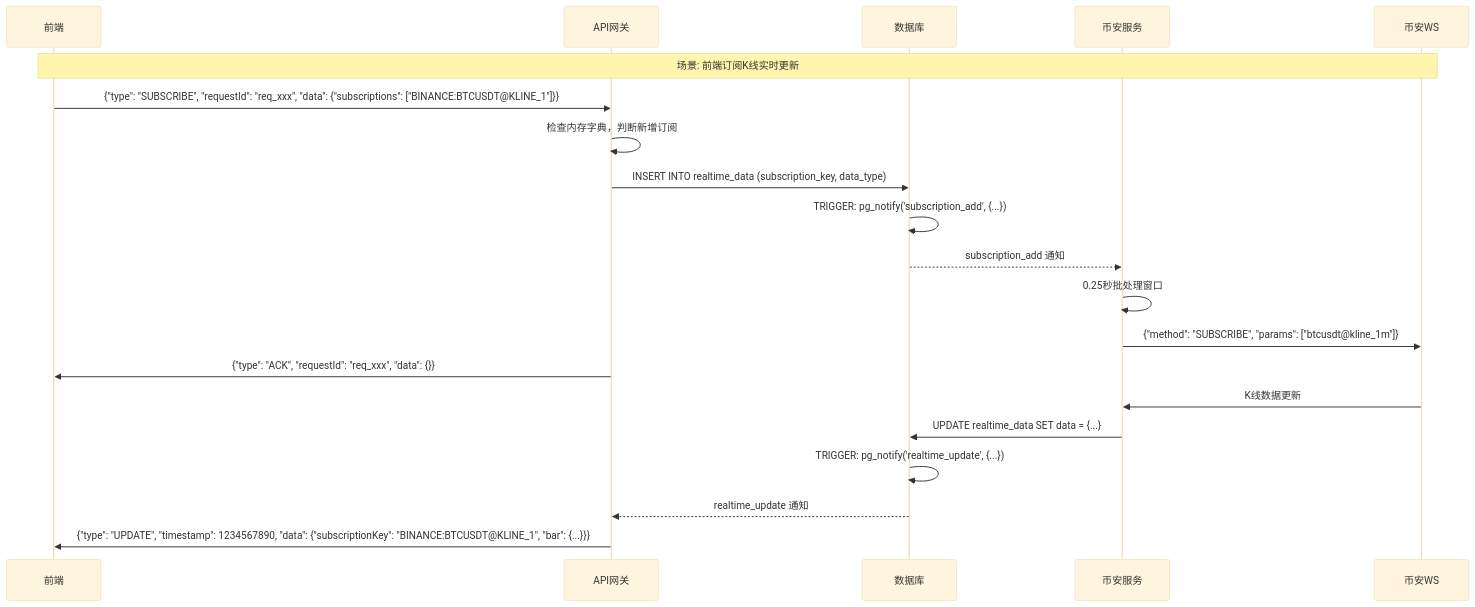
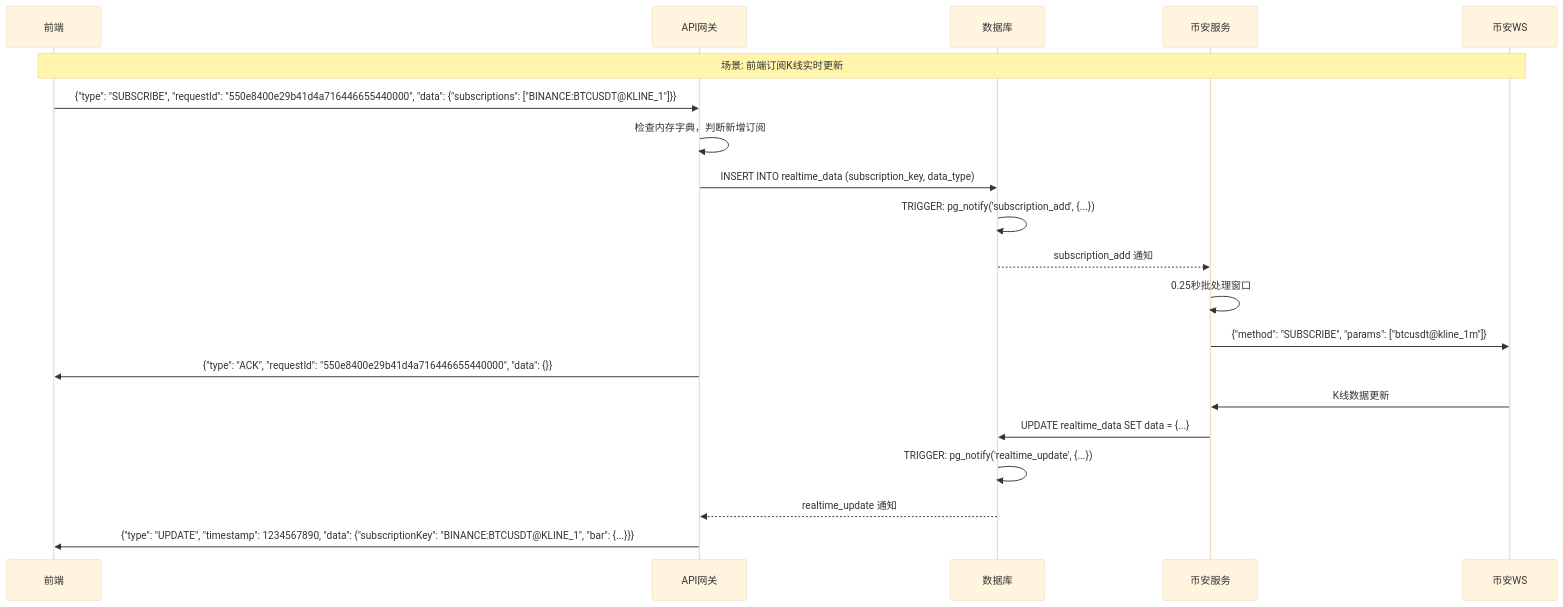
The fourth of 10 diagrams in docs/backend/design/02-dataflow.md (mj2154/quant-trading-system-2602), drawn with Mermaid (base theme) before and after one commit. The commit also changed other lines of this file and 42 other files, not shown here.

````diff
--- a/docs/backend/design/02-dataflow.md
+++ b/docs/backend/design/02-dataflow.md
@@ -162,30 +162,30 @@
 ```mermaid
 sequenceDiagram
     participant Front as 前端
     participant GW as API网关
     participant DB as 数据库
     participant BN as 币安服务
     participant BWS as 币安WS
 
     Note over Front, BWS: 场景: 前端订阅K线实时更新
 
     %% 订阅阶段
-    Front->>GW: {"type": "SUBSCRIBE", "requestId": "req_xxx", "data": {"subscriptions": ["BINANCE:BTCUSDT@KLINE_1"]}}
+    Front->>GW: {"type": "SUBSCRIBE", "requestId": "550e8400e29b41d4a716446655440000", "data": {"subscriptions": ["BINANCE:BTCUSDT@KLINE_1"]}}
     GW->>GW: 检查内存字典，判断新增订阅
     GW->>DB: INSERT INTO realtime_data (subscription_key, data_type)
     DB->>DB: TRIGGER: pg_notify('subscription_add', {...})
 
     DB-->>BN: subscription_add 通知
     BN->>BN: 0.25秒批处理窗口
     BN->>BWS: {"method": "SUBSCRIBE", "params": ["btcusdt@kline_1m"]}
 
-    GW->>Front: {"type": "ACK", "requestId": "req_xxx", "data": {}}
+    GW->>Front: {"type": "ACK", "requestId": "550e8400e29b41d4a716446655440000", "data": {}}
 
     %% 数据推送阶段
     BWS->>BN: K线数据更新
     BN->>DB: UPDATE realtime_data SET data = {...}
     DB->>DB: TRIGGER: pg_notify('realtime_update', {...})
 
     DB-->>GW: realtime_update 通知
     GW->>Front: {"type": "UPDATE", "timestamp": 1234567890, "data": {"subscriptionKey": "BINANCE:BTCUSDT@KLINE_1", "bar": {...}}}
 ```
````
